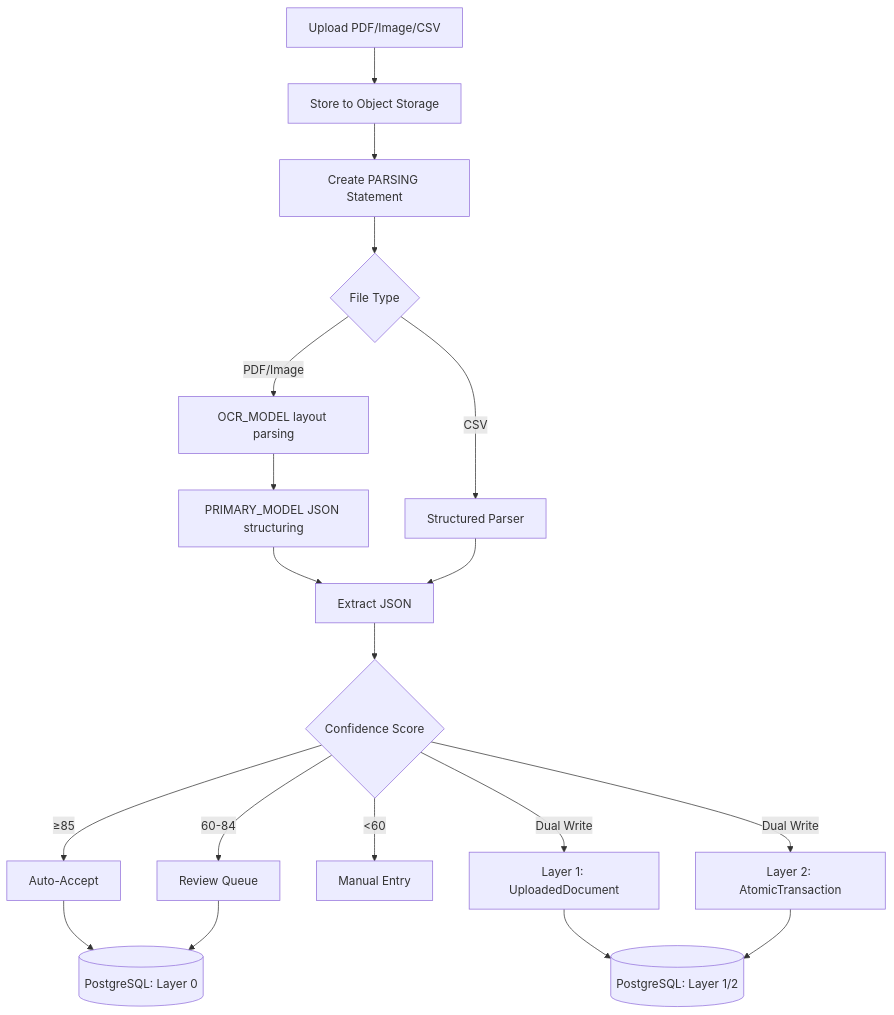
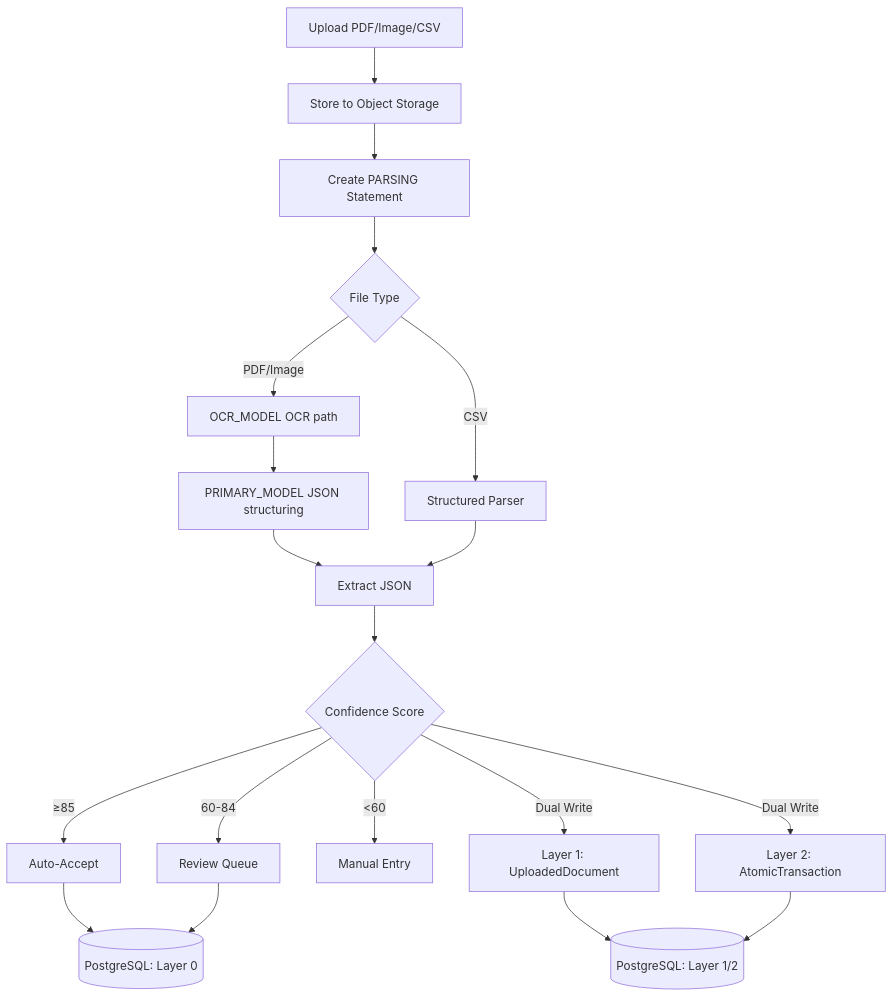
One commit to wangzitian0/finance_report changed the diagram in docs/ssot/extraction.md. Above: the diagram before and after it, drawn with Mermaid. The commit also changed other lines of this file and 15 other files, not shown here.

Commit message:
Use GLM vision model for OCR

````diff
--- a/docs/ssot/extraction.md
+++ b/docs/ssot/extraction.md
@@ -11,23 +11,23 @@
 ```mermaid
 flowchart TB
     A[Upload PDF/Image/CSV] --> S[Store to Object Storage]
     S --> P[Create PARSING Statement]
     P --> B{File Type}
-    B -->|PDF/Image| C["OCR_MODEL layout parsing"]
+    B -->|PDF/Image| C["OCR_MODEL OCR path"]
     C --> C2["PRIMARY_MODEL JSON structuring"]
     B -->|CSV| D[Structured Parser]
     C2 --> E[Extract JSON]
     D --> E
     E --> F{Confidence Score}
     F -->|≥85| G[Auto-Accept]
     F -->|60-84| H[Review Queue]
     F -->|<60| I[Manual Entry]
     G --> J[(PostgreSQL: Layer 0)]
     H --> J
     
     %% EPIC-011 Dual Write
     F -->|Dual Write| K[Layer 1: UploadedDocument]
     F -->|Dual Write| L[Layer 2: AtomicTransaction]
     K --> M[(PostgreSQL: Layer 1/2)]
     L --> M
 ```
````
